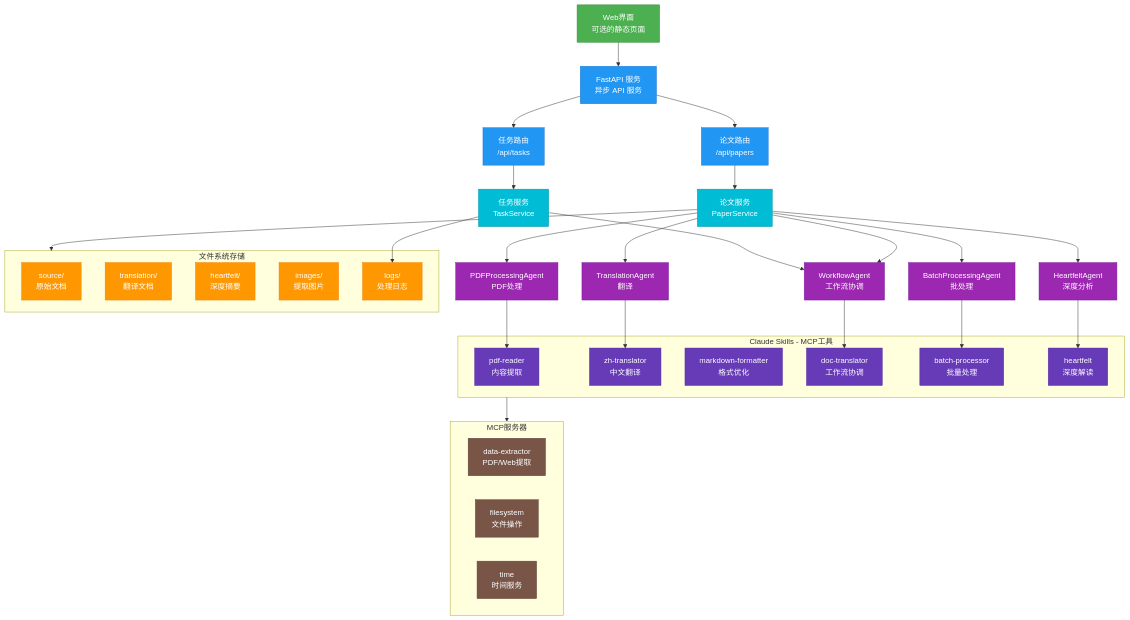
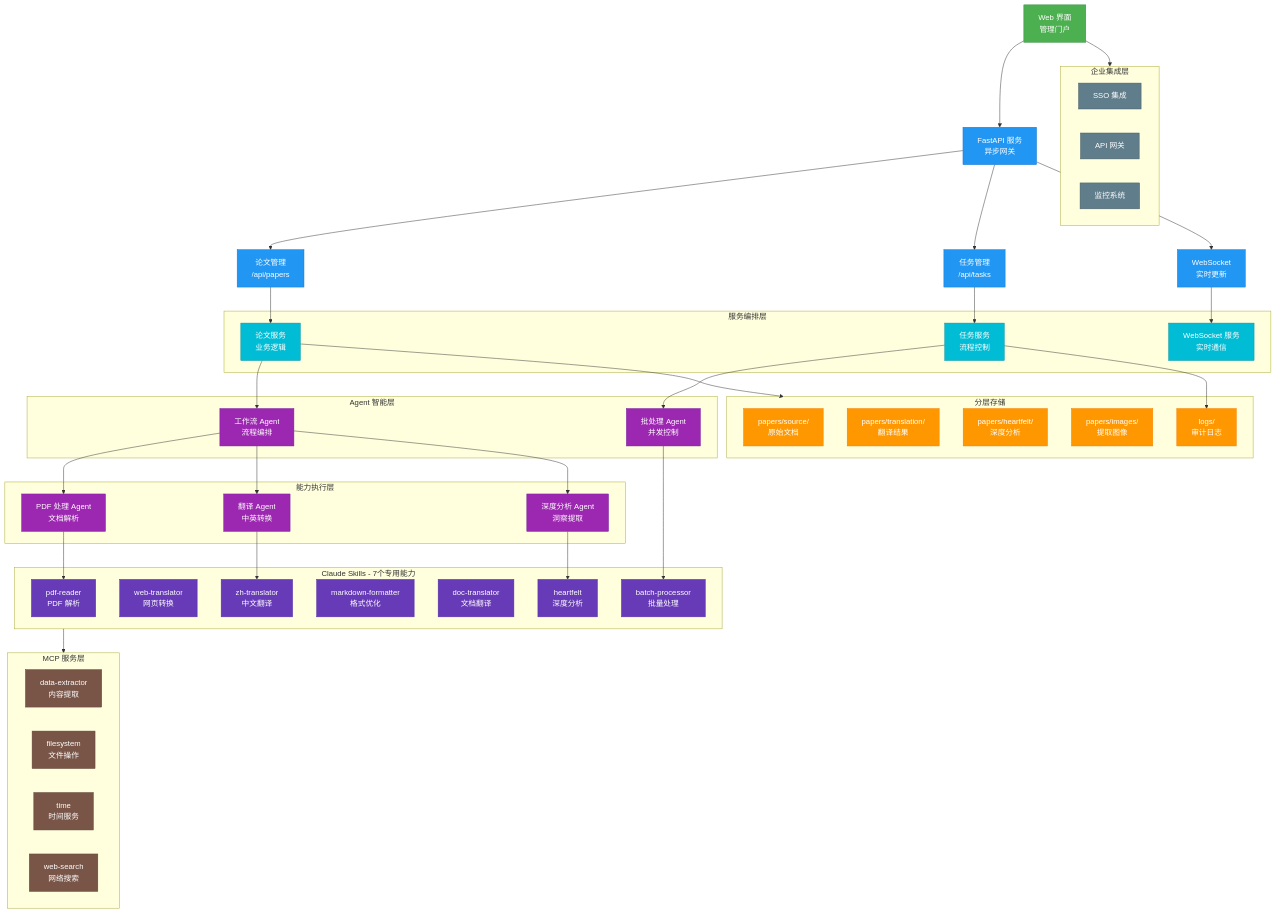
One commit to ThreeFish-AI/papers changed the first of 5 diagrams in docs/01-Framework.md. Above: the diagram before and after it, drawn with Mermaid. The commit also changed other lines of this file, not shown here.

````diff
--- a/docs/01-Framework.md
+++ b/docs/01-Framework.md
@@ -87,75 +31,104 @@
 ```mermaid
 flowchart TD
     %% 用户交互层
-    A[Web界面<br/>可选的静态页面] --> B[FastAPI 服务<br/>异步 API 服务]
+    A[Web 界面<br/>管理门户] --> B[FastAPI 服务<br/>异步网关]
+    subgraph Enterprise [企业集成层]
+        E1[SSO 集成]
+        E2[API 网关]
+        E3[监控系统]
+    end
+    A --> Enterprise
 
-    %% API路由层
-    B --> C[论文路由<br/>/api/papers]
-    B --> D[任务路由<br/>/api/tasks]
+    %% API 路由层
+    B --> C[论文管理<br/>/api/papers]
+    B --> D[任务管理<br/>/api/tasks]
+    B --> W[WebSocket<br/>实时更新]
 
-    %% 服务层
-    C --> E[论文服务<br/>PaperService]
-    D --> F[任务服务<br/>TaskService]
-
-    %% Agent层
-    E --> G[WorkflowAgent<br/>工作流协调]
-    F --> G
-    E --> H[PDFProcessingAgent<br/>PDF处理]
-    E --> I[TranslationAgent<br/>翻译]
-    E --> J[BatchProcessingAgent<br/>批处理]
-    E --> K[HeartfeltAgent<br/>深度分析]
-
-    %% Skills封装层
-    subgraph Skills [Claude Skills - MCP工具]
-        S1[pdf-reader<br/>内容提取]
-        S2[zh-translator<br/>中文翻译]
-        S3[markdown-formatter<br/>格式优化]
-        S4[doc-translator<br/>工作流协调]
-        S5[batch-processor<br/>批量处理]
-        S6[heartfelt<br/>深度解读]
+    %% 服务编排层
+    subgraph Orchestration [服务编排层]
+        S1[论文服务<br/>业务逻辑]
+        S2[任务服务<br/>流程控制]
+        S3[WebSocket 服务<br/>实时通信]
     end
 
-    G --> S4
-    H --> S1
-    I --> S2
-    J --> S5
-    K --> S6
+    C --> S1
+    D --> S2
+    W --> S3
+
+    %% Agent 协调层
+    subgraph AgentLayer [Agent 智能层]
+        G1[工作流 Agent<br/>流程编排]
+        G2[批处理 Agent<br/>并发控制]
+    end
+
+    S1 --> G1
+    S2 --> G2
+
+    %% 能力执行层
+    subgraph CapabilityLayer [能力执行层]
+        C1[PDF 处理 Agent<br/>文档解析]
+        C2[翻译 Agent<br/>中英转换]
+        C3[深度分析 Agent<br/>洞察提取]
+    end
+
+    G1 --> C1
+    G1 --> C2
+    G1 --> C3
+
+    %% MCP 服务层
+    subgraph MCPLayer [MCP 服务层]
+        M1[data-extractor<br/>内容提取]
+        M2[filesystem<br/>文件操作]
+        M3[time<br/>时间服务]
+        M4[web-search<br/>网络搜索]
+    end
+
+    %% Claude Skills
+    subgraph Skills [Claude Skills - 7个专用能力]
+        SK1[pdf-reader<br/>PDF 解析]
+        SK2[web-translator<br/>网页转换]
+        SK3[zh-translator<br/>中文翻译]
+        SK4[markdown-formatter<br/>格式优化]
+        SK5[doc-translator<br/>文档翻译]
+        SK6[batch-processor<br/>批量处理]
+        SK7[heartfelt<br/>深度分析]
+    end
+
+    C1 --> SK1
+    C2 --> SK3
+    C3 --> SK7
+    G2 --> SK6
+
+    Skills --> MCPLayer
 
     %% 存储层
-    subgraph Storage [文件系统存储]
-        F1[source/<br/>原始文档]
-        F2[translation/<br/>翻译文档]
-        F3[heartfelt/<br/>深度摘要]
-        F4[images/<br/>提取图片]
-        F5[logs/<br/>处理日志]
+    subgraph Storage [分层存储]
+        F1[papers/source/<br/>原始文档]
+        F2[papers/translation/<br/>翻译结果]
+        F3[papers/heartfelt/<br/>深度分析]
+        F4[papers/images/<br/>提取图像]
+        F5[logs/<br/>审计日志]
     end
 
-    E --> Storage
-    F --> F5
+    S1 --> Storage
+    S2 --> F5
 
-    %% MCP服务层
-    subgraph MCP [MCP服务器]
-        M1[data-extractor<br/>PDF/Web提取]
-        M2[filesystem<br/>文件操作]
-        M3[time<br/>时间服务]
-    end
-
-    Skills --> MCP
-
-    %% 样式
+    %% 样式定义
     classDef ui fill:#4CAF50,stroke:#388E3C,color:#fff
     classDef api fill:#2196F3,stroke:#1976D2,color:#fff
     classDef service fill:#00BCD4,stroke:#0097A7,color:#fff
     classDef agent fill:#9C27B0,stroke:#7B1FA2,color:#fff
-    classDef skills fill:#673AB7,stroke:#512DA8,color:#fff
+    classDef skill fill:#673AB7,stroke:#512DA8,color:#fff
+    classDef mcp fill:#795548,stroke:#5D4037,color:#fff
     classDef storage fill:#FF9800,stroke:#F57C00,color:#fff
-    classDef mcp fill:#795548,stroke:#5D4037,color:#fff
+    classDef enterprise fill:#607D8B,stroke:#455A64,color:#fff
 
     class A ui
-    class B,C,D api
-    class E,F service
-    class G,H,I,J,K agent
-    class S1,S2,S3,S4,S5,S6 skills
+    class B,C,D,W api
+    class S1,S2,S3 service
+    class G1,G2,C1,C2,C3 agent
+    class SK1,SK2,SK3,SK4,SK5,SK6,SK7 skill
+    class M1,M2,M3,M4 mcp
     class F1,F2,F3,F4,F5 storage
-    class M1,M2,M3 mcp
+    class E1,E2,E3 enterprise
 ```
````
